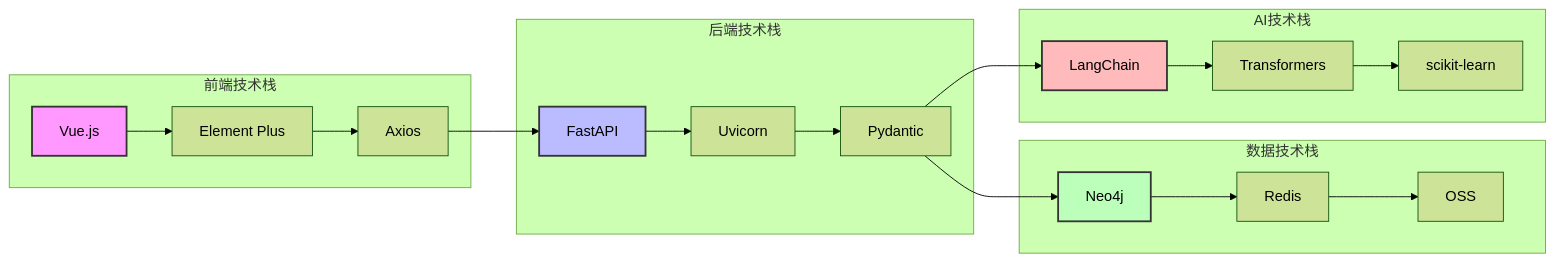
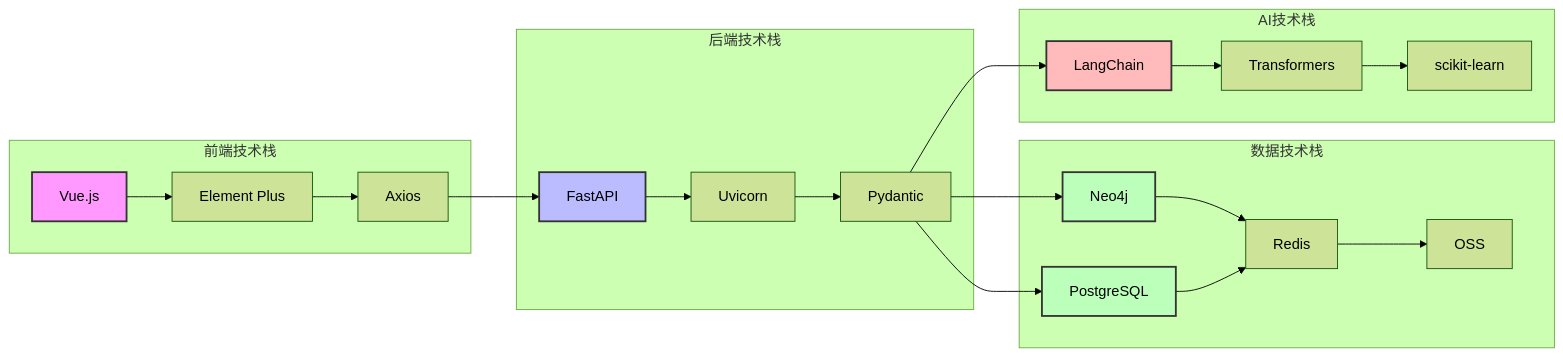
The third of 10 diagrams in technical_specification.md (lilacseeking/bidding_document_generator), drawn with Mermaid (forest theme) before and after one commit. The commit also changed other lines of this file and 54 other files, not shown here.

````diff
--- a/technical_specification.md
+++ b/technical_specification.md
@@ -167,31 +182,34 @@
 ```mermaid
 graph LR
     subgraph 前端技术栈
         A1[Vue.js] --> A2[Element Plus]
         A2 --> A3[Axios]
     end
     
     subgraph 后端技术栈
         B1[FastAPI] --> B2[Uvicorn]
         B2 --> B3[Pydantic]
     end
     
     subgraph 数据技术栈
         C1[Neo4j] --> C2[Redis]
         C2 --> C3[OSS]
+        C4[PostgreSQL] --> C2
     end
     
     subgraph AI技术栈
         D1[LangChain] --> D2[Transformers]
         D2 --> D3[scikit-learn]
     end
     
     A3 --> B1
     B3 --> C1
+    B3 --> C4
     B3 --> D1
     
     style A1 fill:#f9f,stroke:#333,stroke-width:2px
     style B1 fill:#bbf,stroke:#333,stroke-width:2px
     style C1 fill:#bfb,stroke:#333,stroke-width:2px
+    style C4 fill:#bfb,stroke:#333,stroke-width:2px
     style D1 fill:#fbb,stroke:#333,stroke-width:2px
 ```
````
